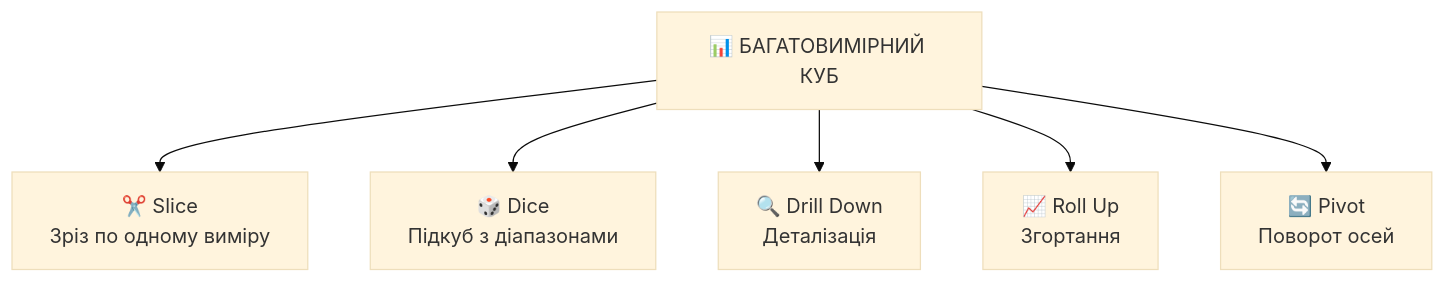
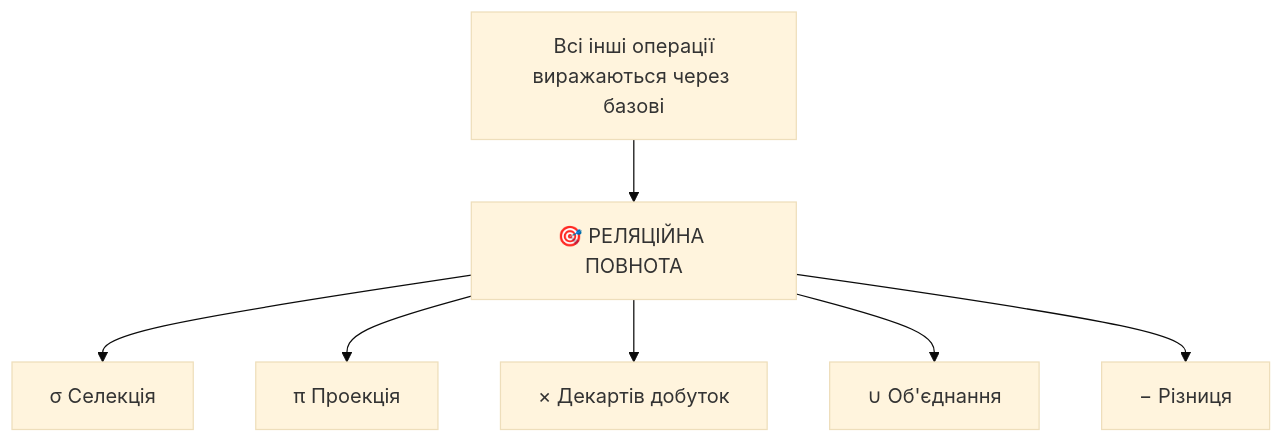
The fourth of 7 diagrams in presentations/presentation-03.md (olroi421/course-bd), drawn with Mermaid (base theme) before and after one commit. The commit also changed other lines of this file and 7 other files, not shown here.

````diff
--- a/presentations/presentation-03.md
+++ b/presentations/presentation-03.md
@@ -345,8 +535,10 @@
 ```mermaid
 graph TD
-    A[📊 БАГАТОВИМІРНИЙ КУБ] --> B[✂️ Slice<br/>Зріз по одному виміру]
-    A --> C[🎲 Dice<br/>Підкуб з діапазонами]
-    A --> D[🔍 Drill Down<br/>Деталізація]
-    A --> E[📈 Roll Up<br/>Згортання]
-    A --> F[🔄 Pivot<br/>Поворот осей]
+    A[🎯 РЕЛЯЦІЙНА ПОВНОТА] --> B[σ Селекція]
+    A --> C[π Проекція]
+    A --> D[× Декартів добуток]
+    A --> E[∪ Об'єднання]
+    A --> F[− Різниця]
+
+    G[Всі інші операції<br/>виражаються через базові] --> A
 ```
````
